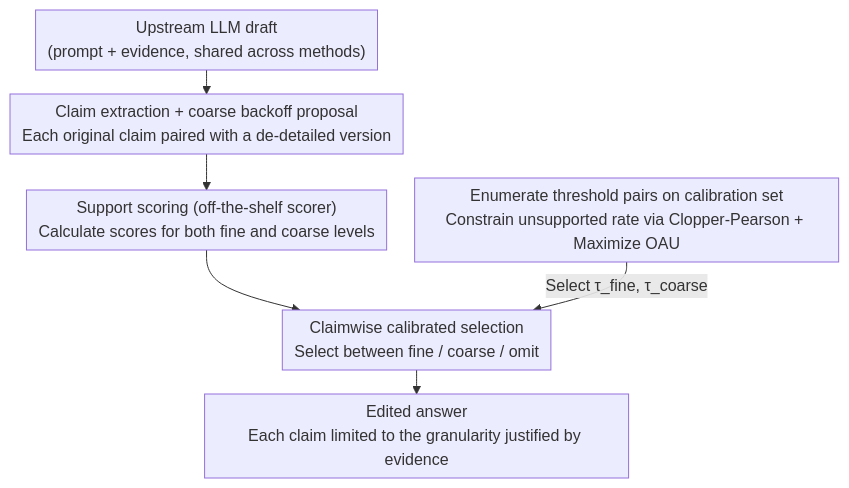
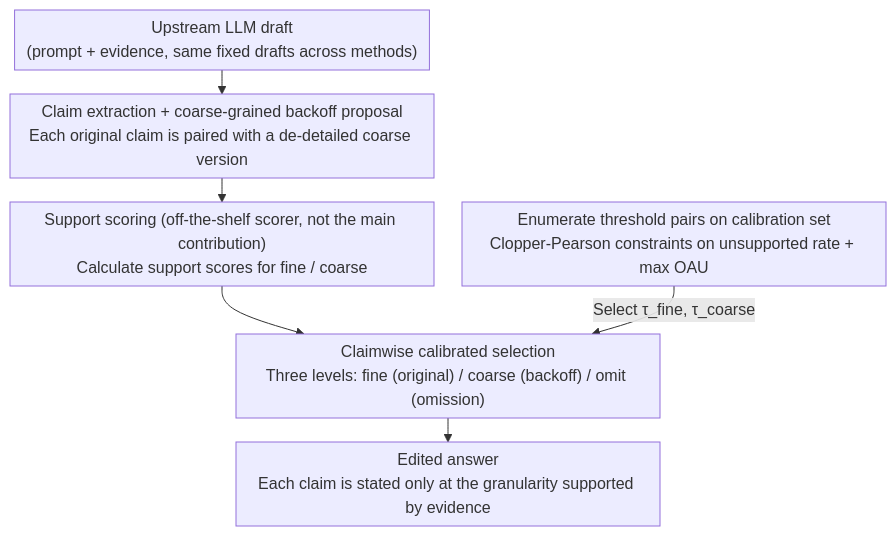
The diagram in docs/ICML2026/llm_agent/answer_only_as_precisely_as_justified_calibrated_claim-level_specificity_control.md (zhaoyang97/Paper-Notes-en), drawn with Mermaid before and after one commit. The commit also changed other lines of this file and 5084 other files, not shown here.

````diff
--- a/docs/ICML2026/llm_agent/answer_only_as_precisely_as_justified_calibrated_claim-level_specificity_control.md
+++ b/docs/ICML2026/llm_agent/answer_only_as_precisely_as_justified_calibrated_claim-level_specificity_control.md
@@ -52,9 +52,9 @@
 ```mermaid
 %%{init: {'flowchart': {'rankSpacing': 24, 'nodeSpacing': 28, 'padding': 6, 'wrappingWidth': 400}}}%%
 flowchart TD
-    A["Upstream LLM draft<br/>(prompt + evidence, shared across methods)"] --> B["Claim extraction + coarse backoff proposal<br/>Each original claim paired with a de-detailed version"]
-    B --> C["Support scoring (off-the-shelf scorer)<br/>Calculate scores for both fine and coarse levels"]
-    C --> D["Claimwise calibrated selection<br/>Select between fine / coarse / omit"]
-    E["Enumerate threshold pairs on calibration set<br/>Constrain unsupported rate via Clopper-Pearson + Maximize OAU"] -->|"Select τ_fine, τ_coarse"| D
-    D --> F["Edited answer<br/>Each claim limited to the granularity justified by evidence"]
+    A["Upstream LLM draft<br/>(prompt + evidence, same fixed drafts across methods)"] --> B["Claim extraction + coarse-grained backoff proposal<br/>Each original claim is paired with a de-detailed coarse version"]
+    B --> C["Support scoring (off-the-shelf scorer, not the main contribution)<br/>Calculate support scores for fine / coarse"]
+    C --> D["Claimwise calibrated selection<br/>Three levels: fine (original) / coarse (backoff) / omit (omission)"]
+    E["Enumerate threshold pairs on calibration set<br/>Clopper-Pearson constraints on unsupported rate + max OAU"] -->|"Select τ_fine, τ_coarse"| D
+    D --> F["Edited answer<br/>Each claim is stated only at the granularity supported by evidence"]
 ```
````
